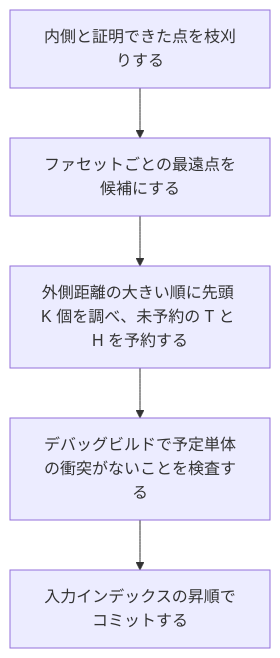
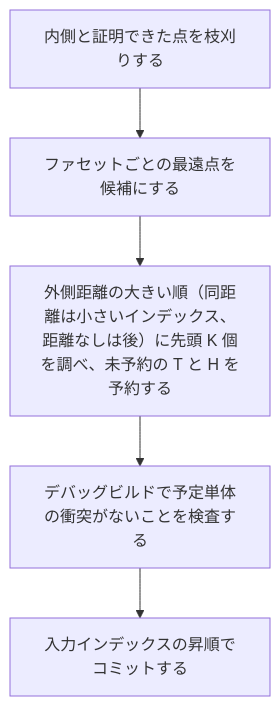
One commit to YUKIKEDA/convx changed the second of 2 diagrams in docs/design.ja.md. Above: the diagram before and after it, drawn with Mermaid. The commit also changed other lines of this file and 11 other files, not shown here.

````diff
--- a/docs/design.ja.md
+++ b/docs/design.ja.md
@@ -214,9 +214,9 @@
 ```mermaid
 flowchart TD
     scan["内側と証明できた点を枝刈りする"]
     pick["ファセットごとの最遠点を候補にする"]
-    reserve["外側距離の大きい順に先頭 K 個を調べ、未予約の T と H を予約する"]
+    reserve["外側距離の大きい順（同距離は小さいインデックス、距離なしは後）に先頭 K 個を調べ、未予約の T と H を予約する"]
     conflict["デバッグビルドで予定単体の衝突がないことを検査する"]
     commit["入力インデックスの昇順でコミットする"]
     scan --> pick --> reserve --> conflict --> commit
 ```
````
